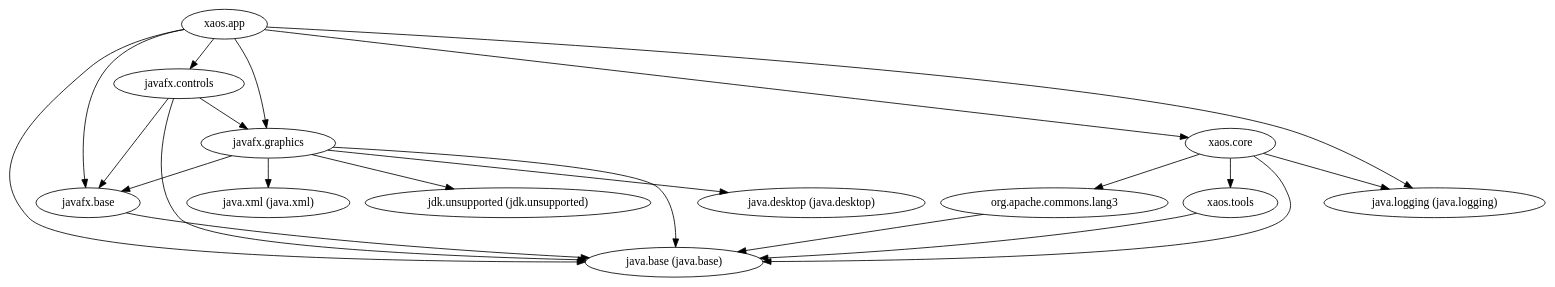
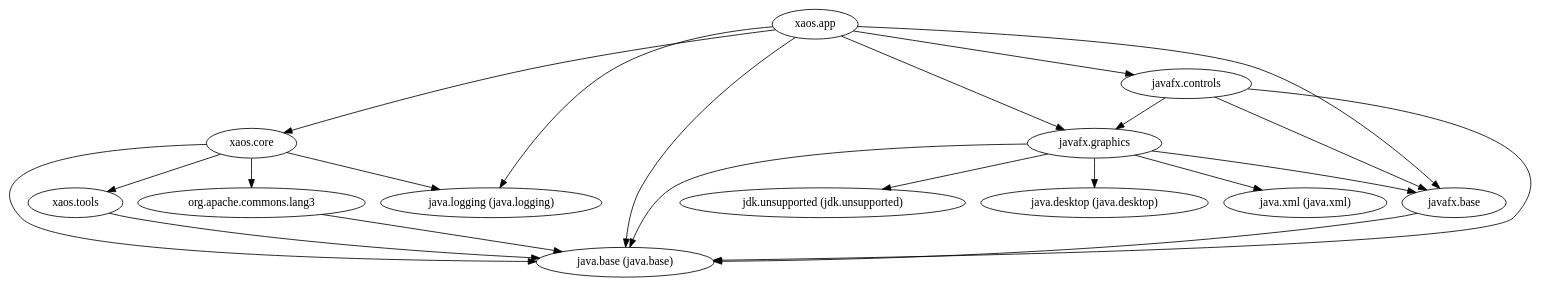
Before and after one commit to ESSICS/XAOS: the diagram in xaos.app.module/doc/module-dependencies.dot, drawn with Graphviz. The commit also changed other lines of this file and 37 other files, not shown here.

```diff
--- a/xaos.app.module/doc/module-dependencies.dot
+++ b/xaos.app.module/doc/module-dependencies.dot
@@ -1,23 +1,23 @@
 digraph "summary" {
+  "org.apache.commons.lang3"                         -> "java.base (java.base)";
+  "xaos.core"                                        -> "java.base (java.base)";
+  "xaos.core"                                        -> "java.logging (java.logging)";
+  "xaos.core"                                        -> "org.apache.commons.lang3";
+  "xaos.core"                                        -> "xaos.tools";
   "xaos.app"                                         -> "java.base (java.base)";
   "xaos.app"                                         -> "java.logging (java.logging)";
   "xaos.app"                                         -> "javafx.base";
   "xaos.app"                                         -> "javafx.controls";
   "xaos.app"                                         -> "javafx.graphics";
   "xaos.app"                                         -> "xaos.core";
-  "org.apache.commons.lang3"                         -> "java.base (java.base)";
   "javafx.graphics"                                  -> "java.base (java.base)";
   "javafx.graphics"                                  -> "java.desktop (java.desktop)";
   "javafx.graphics"                                  -> "java.xml (java.xml)";
   "javafx.graphics"                                  -> "javafx.base";
   "javafx.graphics"                                  -> "jdk.unsupported (jdk.unsupported)";
   "javafx.controls"                                  -> "java.base (java.base)";
   "javafx.controls"                                  -> "javafx.base";
   "javafx.controls"                                  -> "javafx.graphics";
+  "xaos.tools"                                       -> "java.base (java.base)";
   "javafx.base"                                      -> "java.base (java.base)";
-  "xaos.core"                                        -> "java.base (java.base)";
-  "xaos.core"                                        -> "java.logging (java.logging)";
-  "xaos.core"                                        -> "org.apache.commons.lang3";
-  "xaos.core"                                        -> "xaos.tools";
-  "xaos.tools"                                       -> "java.base (java.base)";
 }
```
